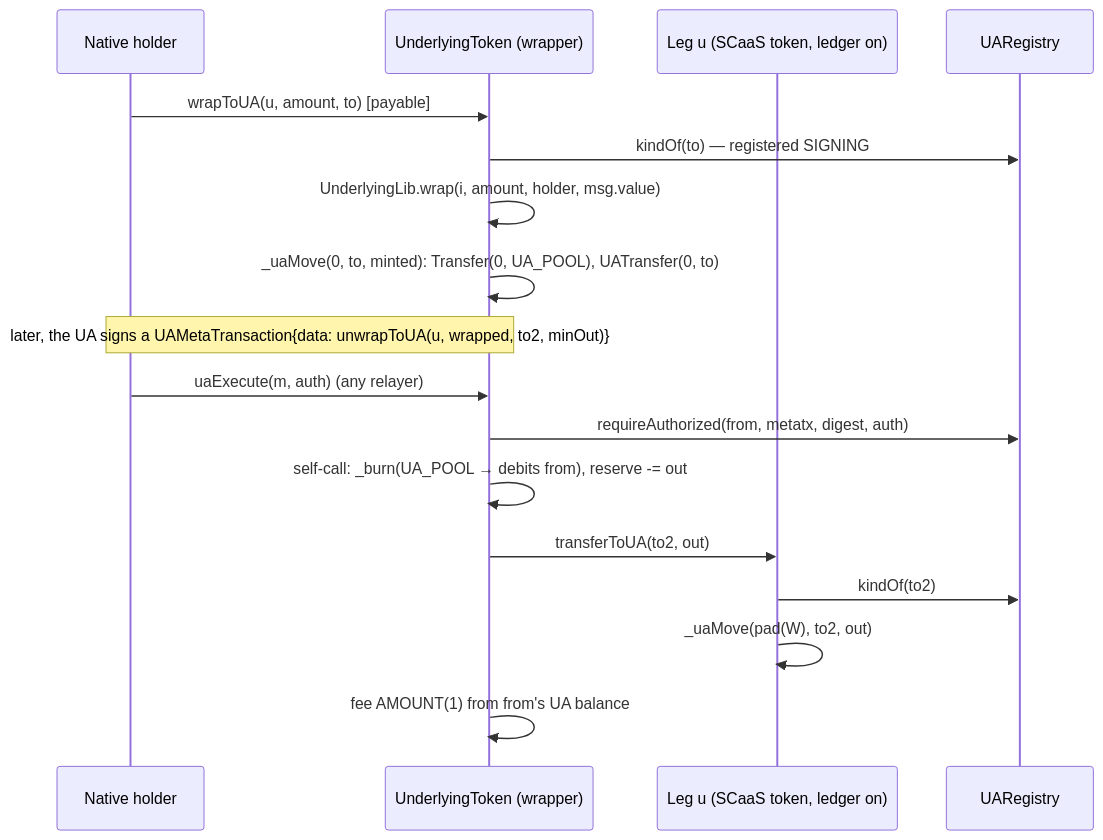
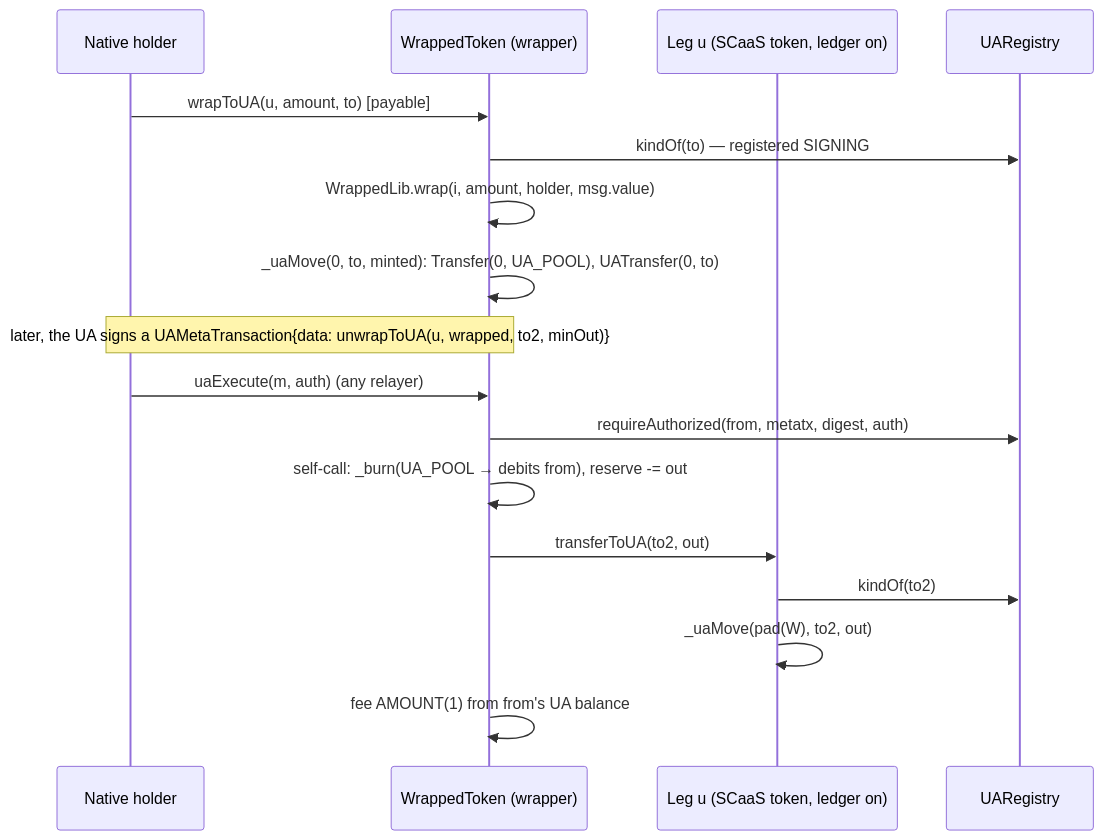
One commit to dinhduongha/scaas changed the diagram in docs/superpowers/plans/2026-10-13-ua5a-receivers-wrap.md. Above: the diagram before and after it, drawn with Mermaid. The commit also changed other lines of this file and 53 other files, not shown here.

````diff
--- a/docs/superpowers/plans/2026-10-13-ua5a-receivers-wrap.md
+++ b/docs/superpowers/plans/2026-10-13-ua5a-receivers-wrap.md
@@ -37,19 +37,19 @@
 ```mermaid
 sequenceDiagram
     participant H as Native holder
-    participant W as UnderlyingToken (wrapper)
+    participant W as WrappedToken (wrapper)
     participant U as Leg u (SCaaS token, ledger on)
     participant G as UARegistry
     H->>W: wrapToUA(u, amount, to) [payable]
     W->>G: kindOf(to) — registered SIGNING
-    W->>W: UnderlyingLib.wrap(i, amount, holder, msg.value)
+    W->>W: WrappedLib.wrap(i, amount, holder, msg.value)
     W->>W: _uaMove(0, to, minted): Transfer(0, UA_POOL), UATransfer(0, to)
     Note over H,W: later, the UA signs a UAMetaTransaction{data: unwrapToUA(u, wrapped, to2, minOut)}
     H->>W: uaExecute(m, auth) (any relayer)
     W->>G: requireAuthorized(from, metatx, digest, auth)
     W->>W: self-call: _burn(UA_POOL → debits from), reserve -= out
     W->>U: transferToUA(to2, out)
     U->>G: kindOf(to2)
     U->>U: _uaMove(pad(W), to2, out)
     W->>W: fee AMOUNT(1) from from's UA balance
 ```
````
